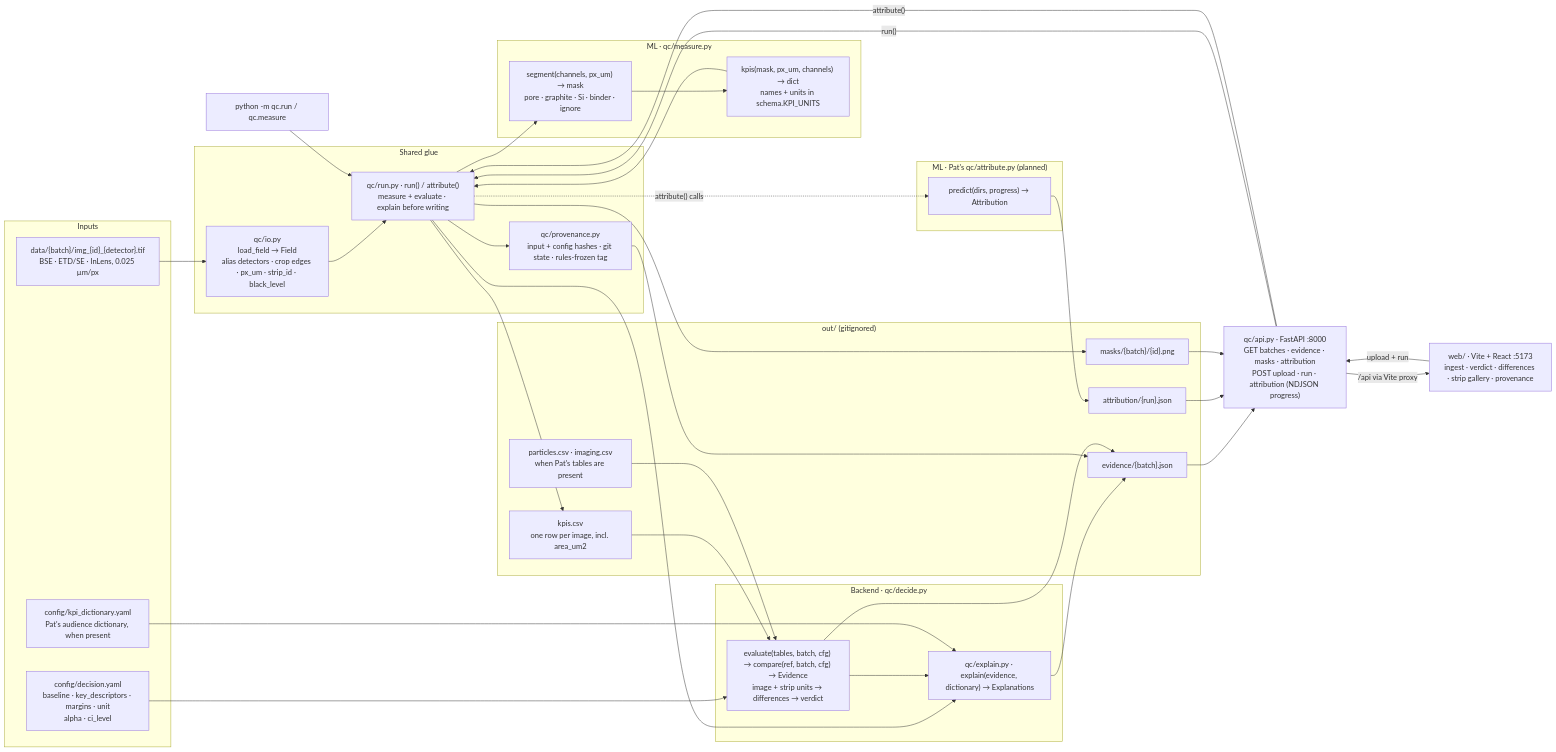
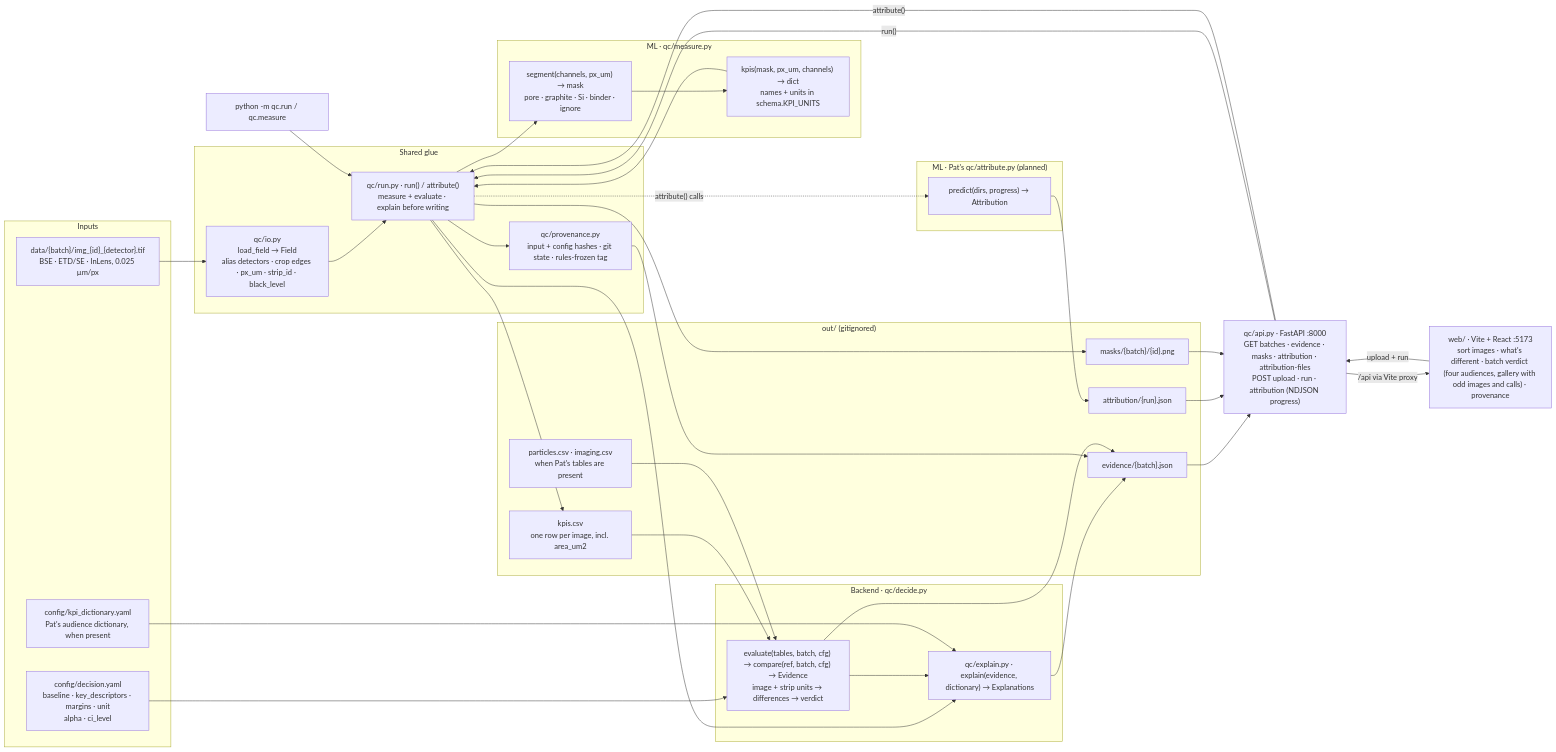
Before and after one commit to batch-size-2/catalyst: the diagram in README.md, drawn with Mermaid. The commit also changed other lines of this file and 17 other files, not shown here.

First line of the commit message:
Add the Sort images and What's different views, audience tabs, and attribution calls on the batch gallery.

````diff
--- a/README.md
+++ b/README.md
@@ -43,62 +48,62 @@
 ```mermaid
 flowchart LR
   subgraph IN["Inputs"]
     D["data/{batch}/img_{id}_{detector}.tif<br/>BSE · ETD/SE · InLens, 0.025 µm/px"]
     CFG["config/decision.yaml<br/>baseline · key_descriptors · margins · unit<br/>alpha · ci_level"]
     DICT["config/kpi_dictionary.yaml<br/>Pat's audience dictionary, when present"]
   end
 
   subgraph GLUE["Shared glue"]
     IO["qc/io.py<br/>load_field → Field<br/>alias detectors · crop edges · px_um · strip_id · black_level"]
     RUN["qc/run.py · run() / attribute()<br/>measure + evaluate · explain before writing"]
     PROV["qc/provenance.py<br/>input + config hashes · git state · rules-frozen tag"]
   end
 
   subgraph ML["ML · qc/measure.py"]
     SEG["segment(channels, px_um) → mask<br/>pore · graphite · Si · binder · ignore"]
     KPI["kpis(mask, px_um, channels) → dict<br/>names + units in schema.KPI_UNITS"]
   end
 
   subgraph ATTRIB["ML · Pat's qc/attribute.py (planned)"]
     PREDICT["predict(dirs, progress) → Attribution"]
   end
 
   subgraph BE["Backend · qc/decide.py"]
     J["evaluate(tables, batch, cfg) → compare(ref, batch, cfg) → Evidence<br/>image + strip units → differences → verdict"]
     EXPLAIN["qc/explain.py · explain(evidence, dictionary) → Explanations"]
   end
 
   subgraph OUT["out/ (gitignored)"]
     T["kpis.csv<br/>one row per image, incl. area_um2"]
     PI["particles.csv · imaging.csv<br/>when Pat's tables are present"]
     E["evidence/{batch}.json"]
     A["attribution/{run}.json"]
     P["masks/{batch}/{id}.png"]
   end
 
-  API["qc/api.py · FastAPI :8000<br/>GET batches · evidence · masks · attribution<br/>POST upload · run · attribution (NDJSON progress)"]
-  WEB["web/ · Vite + React :5173<br/>ingest · verdict · differences · strip gallery · provenance"]
+  API["qc/api.py · FastAPI :8000<br/>GET batches · evidence · masks · attribution · attribution-files<br/>POST upload · run · attribution (NDJSON progress)"]
+  WEB["web/ · Vite + React :5173<br/>sort images · what's different · batch verdict (four audiences, gallery with odd images and calls) · provenance"]
   CLI["python -m qc.run / qc.measure"]
 
   D --> IO --> RUN
   RUN --> SEG --> KPI --> RUN
   RUN -. "attribute() calls" .-> PREDICT --> A
   RUN --> T --> J
   PI --> J
   CFG --> J
   RUN --> EXPLAIN
   J --> EXPLAIN
   DICT --> EXPLAIN
   EXPLAIN --> E
   RUN --> P
   RUN --> PROV --> E
   J --> E
   E --> API
   A --> API
   P --> API
   API -- "/api via Vite proxy" --> WEB
   WEB -- "upload + run" --> API
   API -- "run()" --> RUN
   API -- "attribute()" --> RUN
   CLI --> RUN
 ```
````
